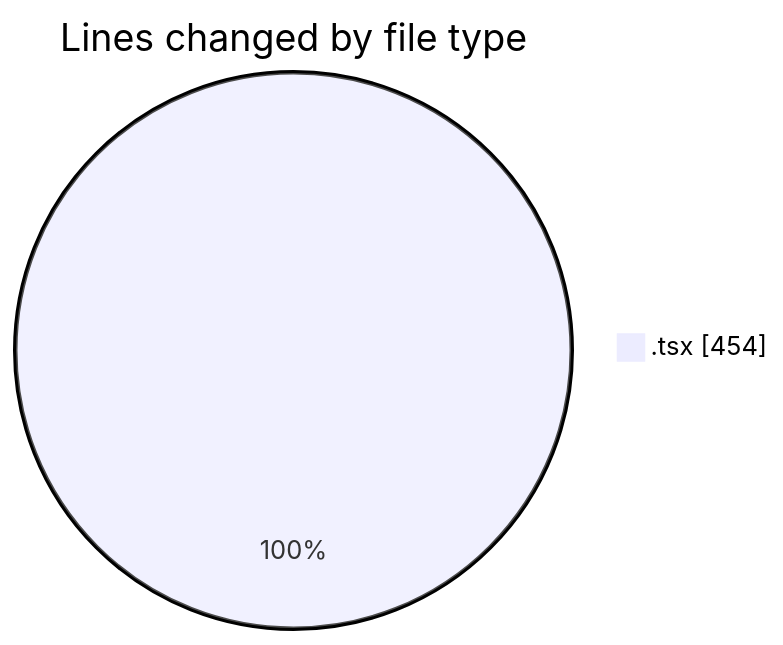
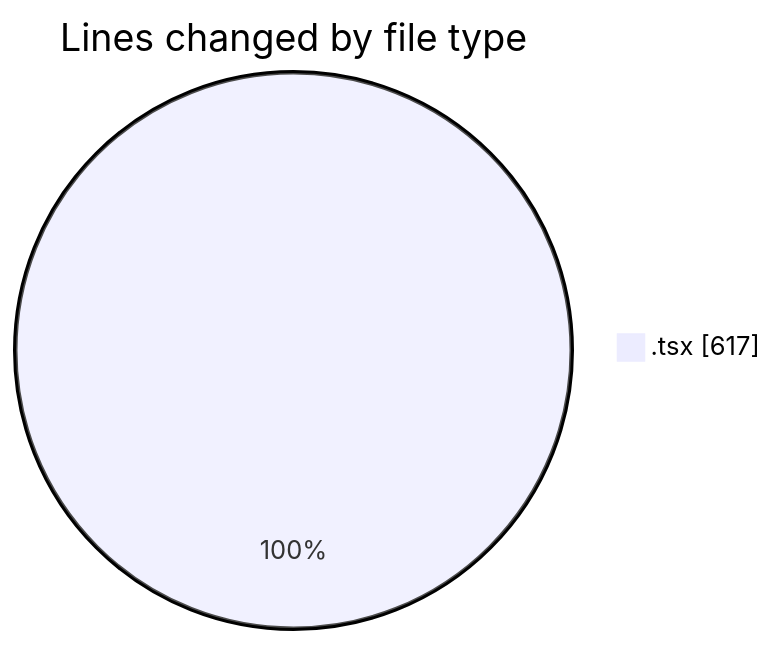
Before and after one commit to Ritupan-Deka/code-tracking: the first of 2 diagrams in 2025-10-20/scopecraft/README.md, drawn with Mermaid. The commit also changed other lines of this file and 1 other file, not shown here.

````diff
--- a/2025-10-20/scopecraft/README.md
+++ b/2025-10-20/scopecraft/README.md
@@ -25,5 +26,5 @@
 ```mermaid
 pie showData
 title Lines changed by file type
-".tsx" : 454
+".tsx" : 617
 ```
````
